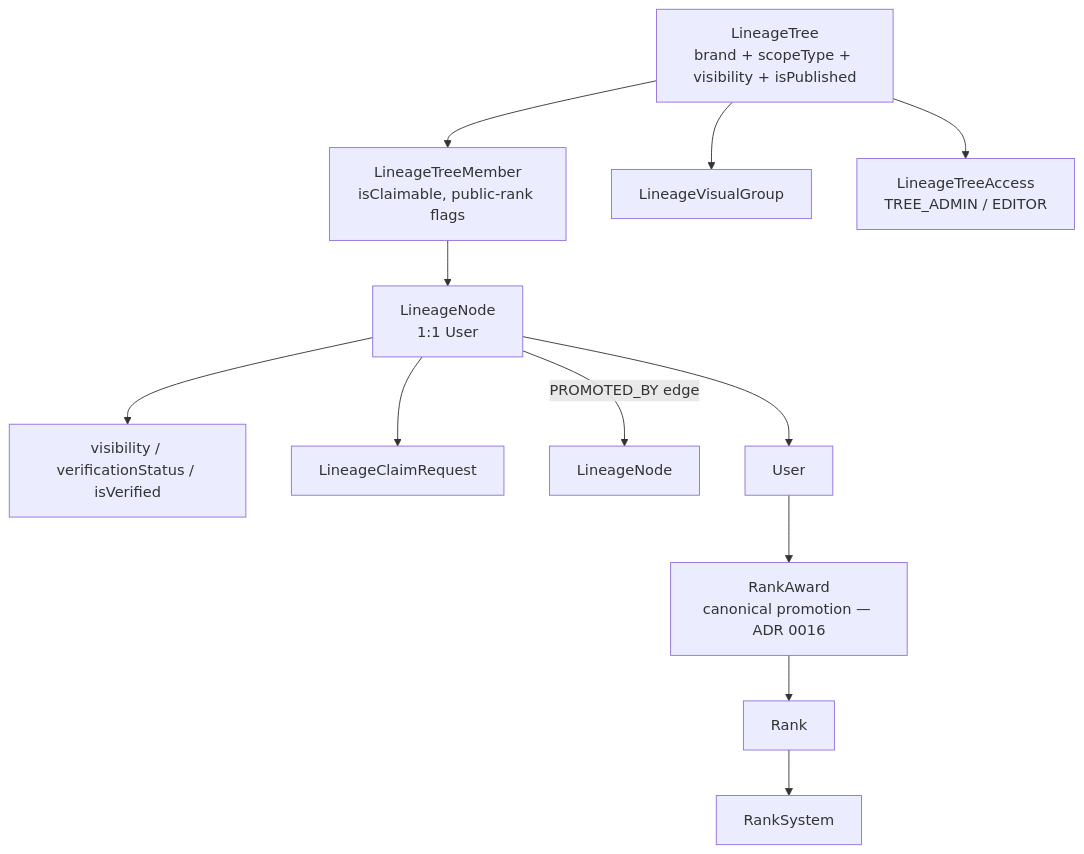
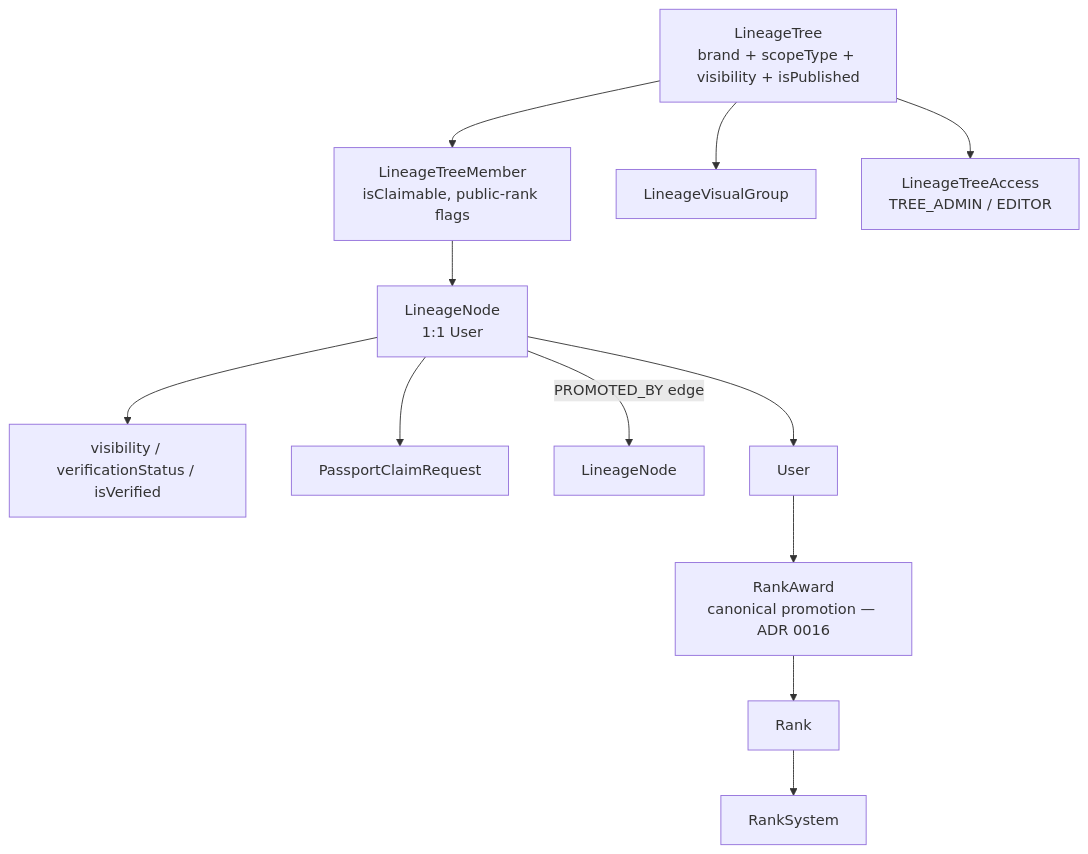
The first of 4 diagrams in docs/runbooks/sops/lineage-data-wiring-flow.md (Ronin-Dojo-Design/ronin-dojo-baseline), drawn with Mermaid before and after one commit. The commit also changed other lines of this file and 21 other files, not shown here.

````diff
--- a/docs/runbooks/sops/lineage-data-wiring-flow.md
+++ b/docs/runbooks/sops/lineage-data-wiring-flow.md
@@ -66,13 +66,13 @@
 ```mermaid
 flowchart TD
     LT[LineageTree\nbrand + scopeType + visibility + isPublished] --> TM[LineageTreeMember\nisClaimable, public-rank flags]
     TM --> LN[LineageNode\n1:1 User]
     LN --> VS[visibility / verificationStatus / isVerified]
-    LN --> CR[LineageClaimRequest]
+    LN --> CR[PassportClaimRequest]
     LT --> VG[LineageVisualGroup]
     LT --> AG[LineageTreeAccess\nTREE_ADMIN / EDITOR]
     LN -->|PROMOTED_BY edge| LN2[LineageNode]
     LN --> U[User]
     U --> RA[RankAward\ncanonical promotion — ADR 0016]
     RA --> RK[Rank] --> RKS[RankSystem]
 ```
````
